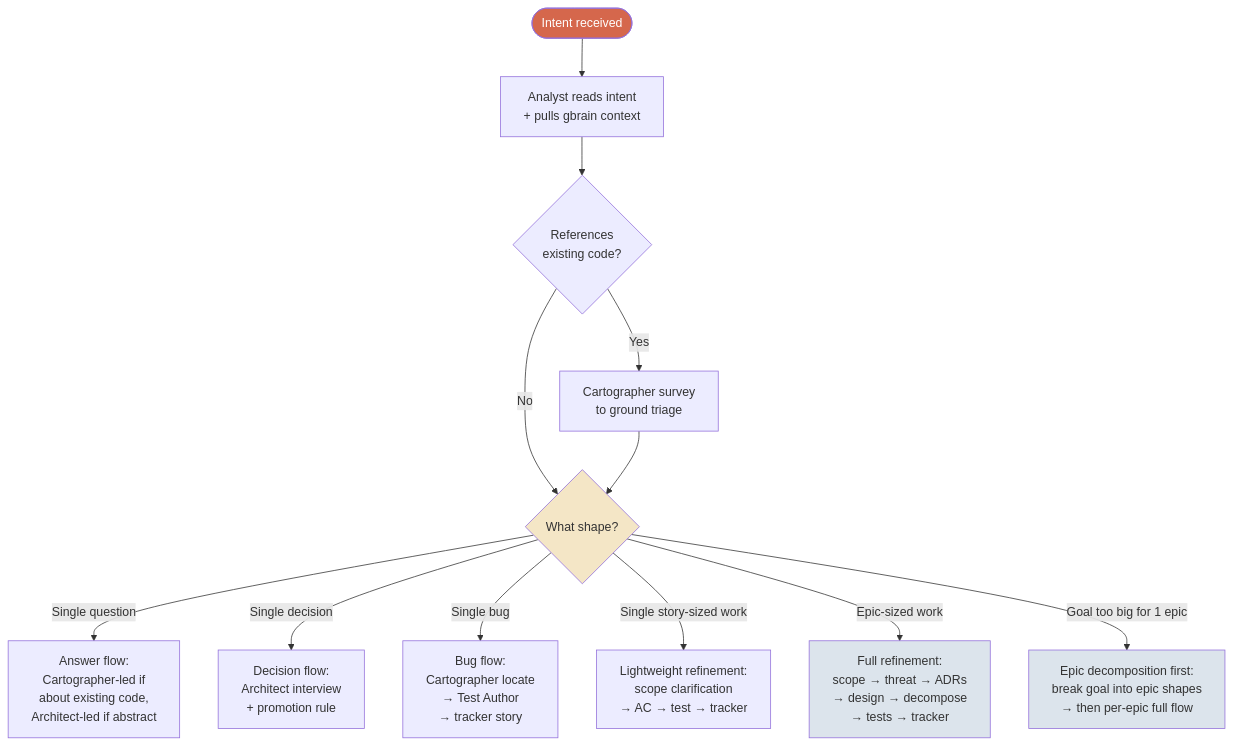
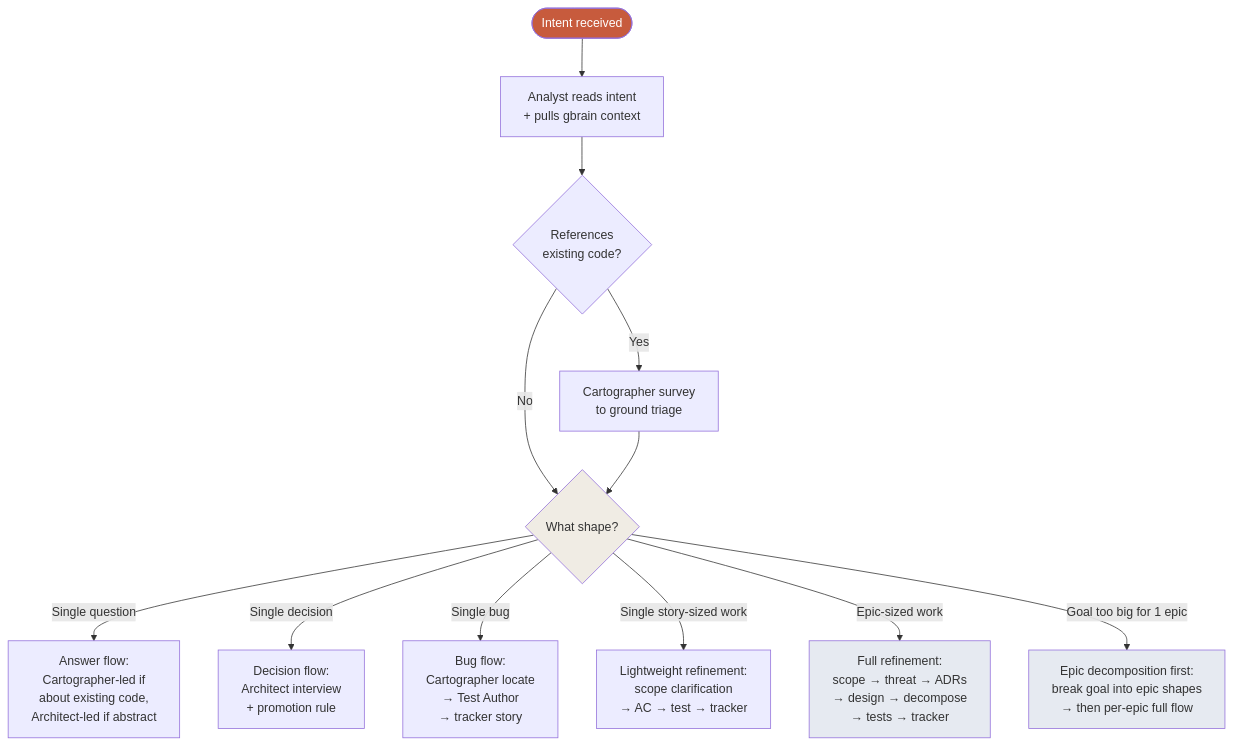
Before and after one commit to nlawstudio/ai-refinement-method: the fifth of 17 diagrams in METHOD.md, drawn with Mermaid. The commit also changed other lines of this file and 4 other files, not shown here.

````diff
--- a/METHOD.md
+++ b/METHOD.md
@@ -391,20 +391,20 @@
 ```mermaid
 flowchart TD
     Intent([Intent received]) --> Read[Analyst reads intent<br/>+ pulls gbrain context]
     Read --> Cart{References<br/>existing code?}
     Cart -->|Yes| RunCart[Cartographer survey<br/>to ground triage]
     Cart -->|No| Shape
     RunCart --> Shape{What shape?}
 
     Shape -->|Single question| QA[Answer flow:<br/>Cartographer-led if<br/>about existing code,<br/>Architect-led if abstract]
     Shape -->|Single decision| DEC[Decision flow:<br/>Architect interview<br/>+ promotion rule]
     Shape -->|Single bug| BUG[Bug flow:<br/>Cartographer locate<br/>→ Test Author<br/>→ tracker story]
     Shape -->|Single story-sized work| STORY[Lightweight refinement:<br/>scope clarification<br/>→ AC → test → tracker]
     Shape -->|Epic-sized work| EPIC[Full refinement:<br/>scope → threat → ADRs<br/>→ design → decompose<br/>→ tests → tracker]
     Shape -->|Goal too big for 1 epic| MULTI[Epic decomposition first:<br/>break goal into epic shapes<br/>→ then per-epic full flow]
 
-    style Intent fill:#D5674C,color:#fff
-    style Shape fill:#F4E6C6
-    style EPIC fill:#DCE4EC
-    style MULTI fill:#DCE4EC
+    style Intent fill:#C75B3D,color:#fff
+    style Shape fill:#F0ECE4
+    style EPIC fill:#E6EAF1
+    style MULTI fill:#E6EAF1
 ```
````
